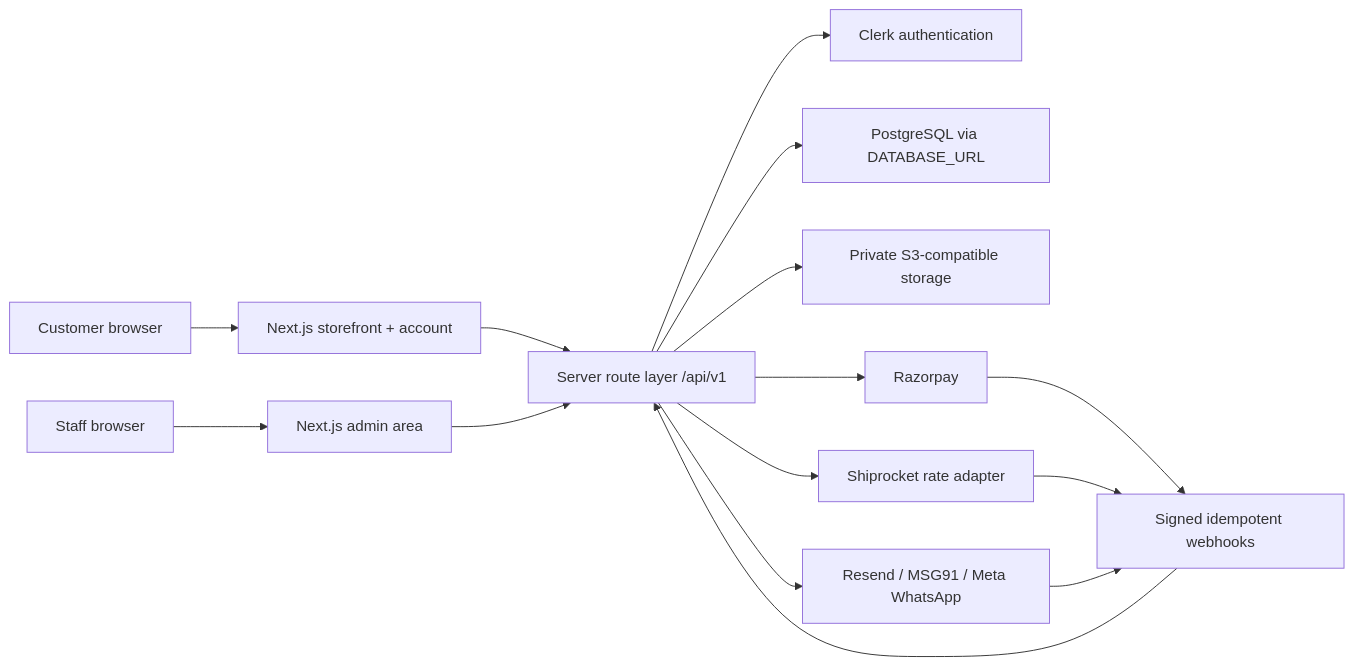
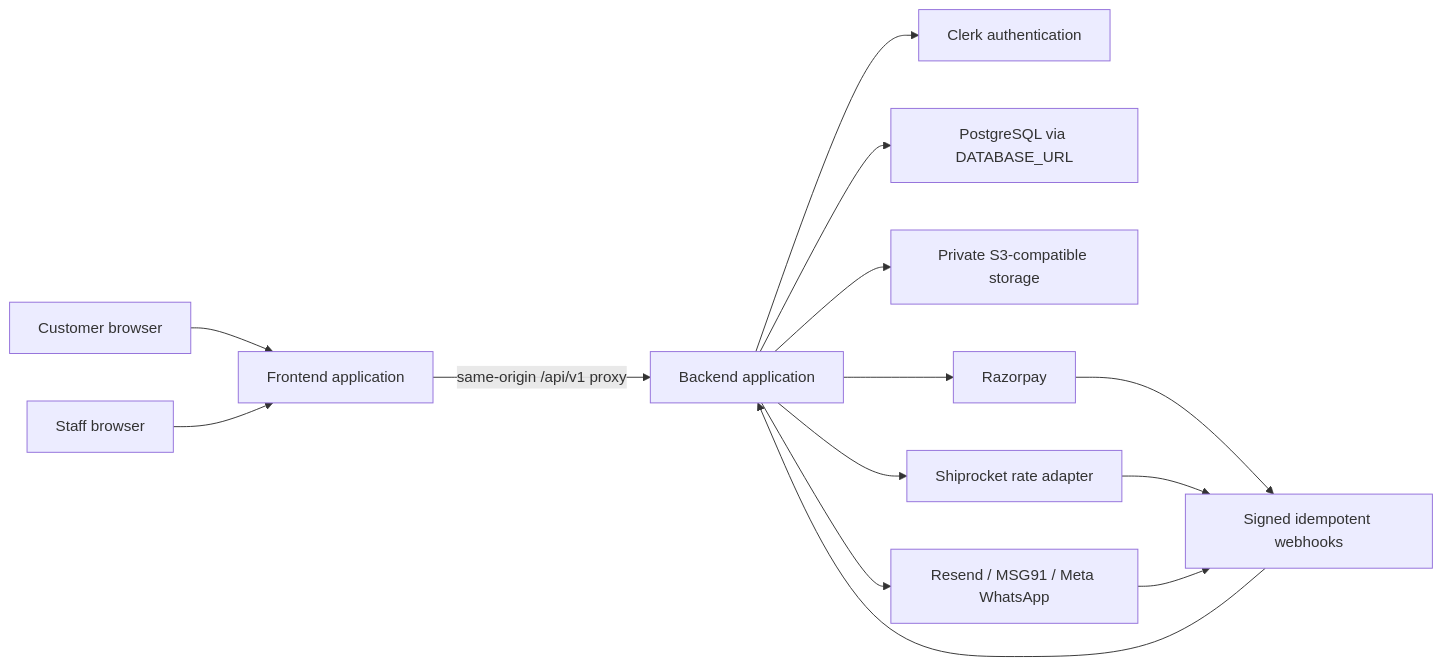
The first of 2 diagrams in docs/architecture.md (divinestonegallery/Divinestonegallery), drawn with Mermaid before and after one commit. The commit also changed other lines of this file and 434 other files, not shown here.

````diff
--- a/docs/architecture.md
+++ b/docs/architecture.md
@@ -28,17 +28,16 @@
 ```mermaid
 flowchart LR
-  Customer["Customer browser"] --> App["Next.js storefront + account"]
-  Staff["Staff browser"] --> Admin["Next.js admin area"]
-  App --> API["Server route layer /api/v1"]
-  Admin --> API
+  Customer["Customer browser"] --> Frontend["Frontend application"]
+  Staff["Staff browser"] --> Frontend
+  Frontend -->|"same-origin /api/v1 proxy"| API["Backend application"]
   API --> Auth["Clerk authentication"]
   API --> DB["PostgreSQL via DATABASE_URL"]
   API --> Media["Private S3-compatible storage"]
   API --> Payments["Razorpay"]
   API --> Shipping["Shiprocket rate adapter"]
   API --> Messages["Resend / MSG91 / Meta WhatsApp"]
   Payments --> Webhooks["Signed idempotent webhooks"]
   Shipping --> Webhooks
   Messages --> Webhooks
   Webhooks --> API
 ```
````
